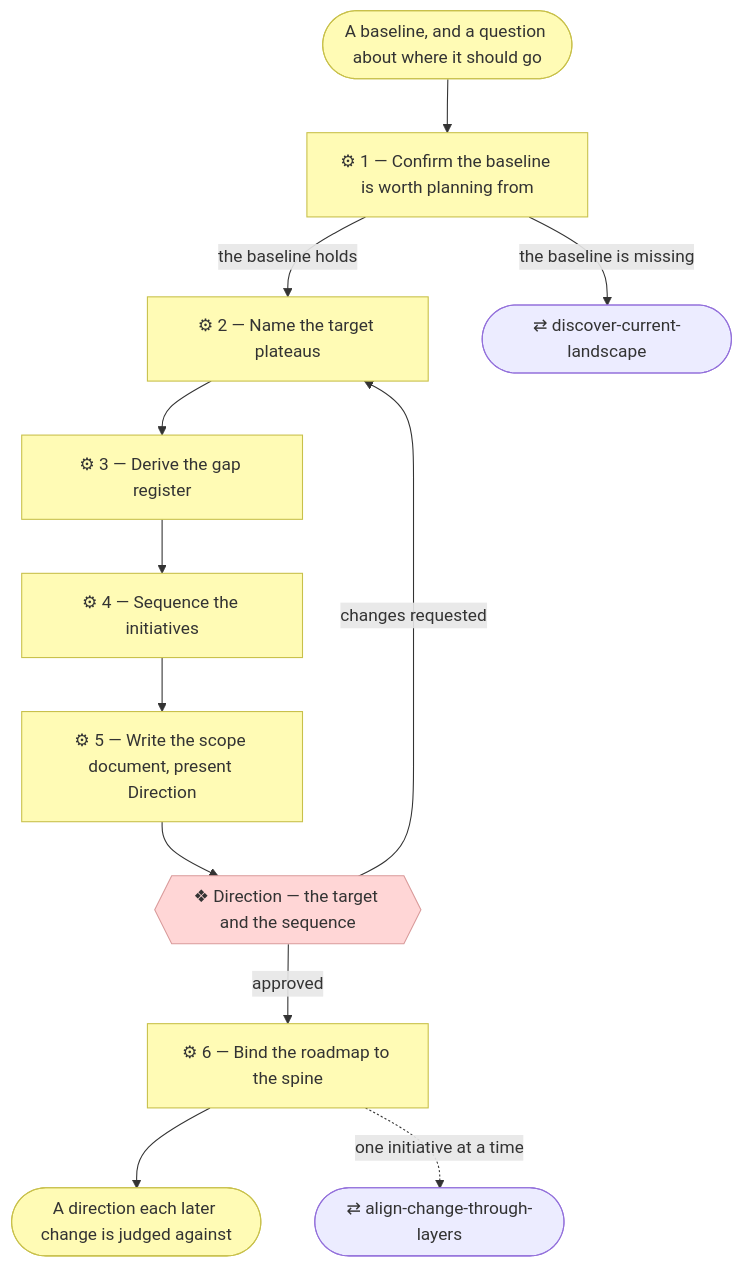
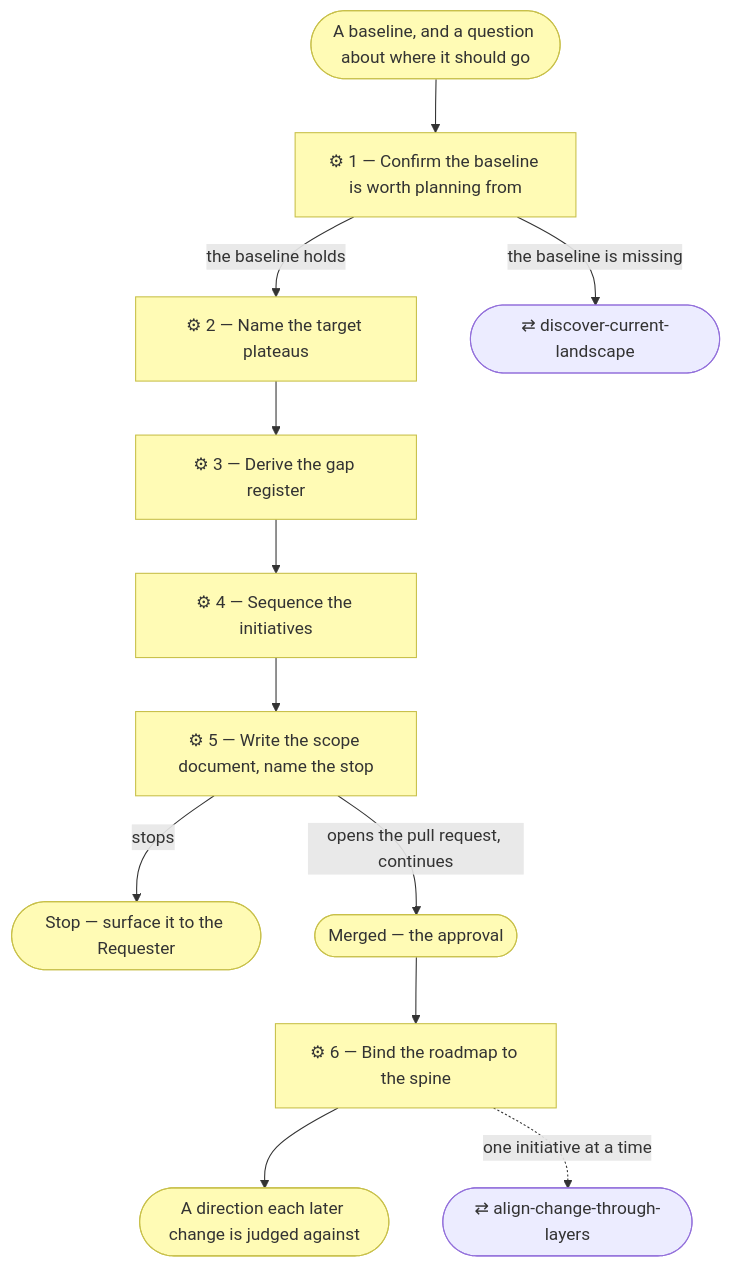
The diagram in plugins/archreator/skills/plan-the-transition/SKILL.md (roanboc/archreator), drawn with Mermaid before and after one commit. The commit also changed other lines of this file and 49 other files, not shown here.

````diff
--- a/plugins/archreator/skills/plan-the-transition/SKILL.md
+++ b/plugins/archreator/skills/plan-the-transition/SKILL.md
@@ -51,26 +54,25 @@
 ```mermaid
 flowchart TD
   trig(["A baseline, and a question about where it should go"])
   s1["⚙ 1 — Confirm the baseline is worth planning from"]
   s2["⚙ 2 — Name the target plateaus"]
   s3["⚙ 3 — Derive the gap register"]
   s4["⚙ 4 — Sequence the initiatives"]
-  s5["⚙ 5 — Write the scope document, present Direction"]
-  g1{{"❖ Direction — the target and the sequence"}}
+  s5["⚙ 5 — Write the scope document, name the stop"]
+  stop(["Stop — surface it to the Requester"])
+  merged(["Merged — the approval"])
   s6["⚙ 6 — Bind the roadmap to the spine"]
   dcl(["⇄ discover-current-landscape"])
   acl(["⇄ align-change-through-layers"])
   out(["A direction each later change is judged against"])
 
   trig --> s1
   s1 -->|the baseline is missing| dcl
-  s1 -->|the baseline holds| s2 --> s3 --> s4 --> s5 --> g1
-  g1 -->|changes requested| s2
-  g1 -->|approved| s6 --> out
+  s1 -->|the baseline holds| s2 --> s3 --> s4 --> s5
+  s5 -->|stops| stop
+  s5 -->|opens the pull request, continues| merged --> s6 --> out
   s6 -.->|one initiative at a time| acl
 
   classDef business fill:#fffbb5,stroke:#c8c04a,color:#333
-  classDef implementation fill:#ffd6d6,stroke:#d99b9b,color:#333
-  class s1,s2,s3,s4,s5,s6,trig,out business
-  class g1 implementation
+  class s1,s2,s3,s4,s5,s6,trig,merged,stop,out business
 ```
````
